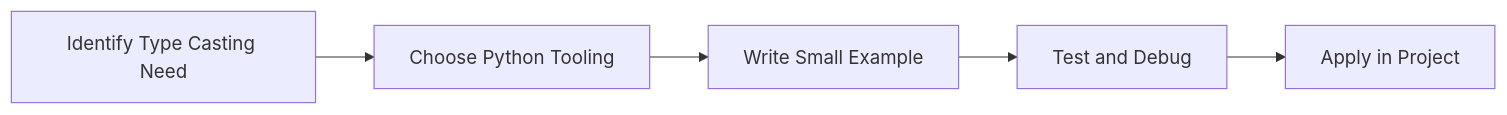
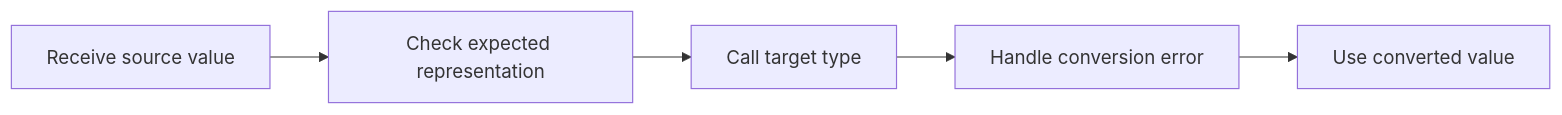
One commit to SYMOIZ/E-Learning-Portal changed the diagram in Python-Mastery/Beginner/07-type-casting.md. Above: the diagram before and after it, drawn with Mermaid. The commit also changed other lines of this file and 116 other files, not shown here.

````diff
--- a/Python-Mastery/Beginner/07-type-casting.md
+++ b/Python-Mastery/Beginner/07-type-casting.md
@@ -126,7 +138,12 @@
 ```mermaid
 flowchart LR
-    A[Identify Type Casting Need] --> B[Choose Python Tooling]
-    B --> C[Write Small Example]
-    C --> D[Test and Debug]
-    D --> E[Apply in Project]
+    A[Receive source value]
+    B[Check expected representation]
+    C[Call target type]
+    D[Handle conversion error]
+    E[Use converted value]
+    A --> B
+    B --> C
+    C --> D
+    D --> E
 ```
````
